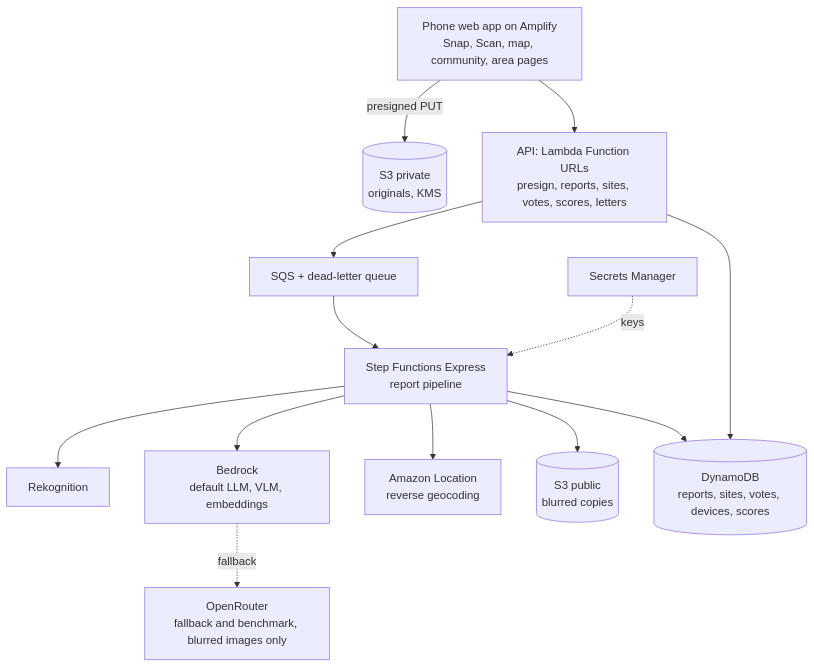
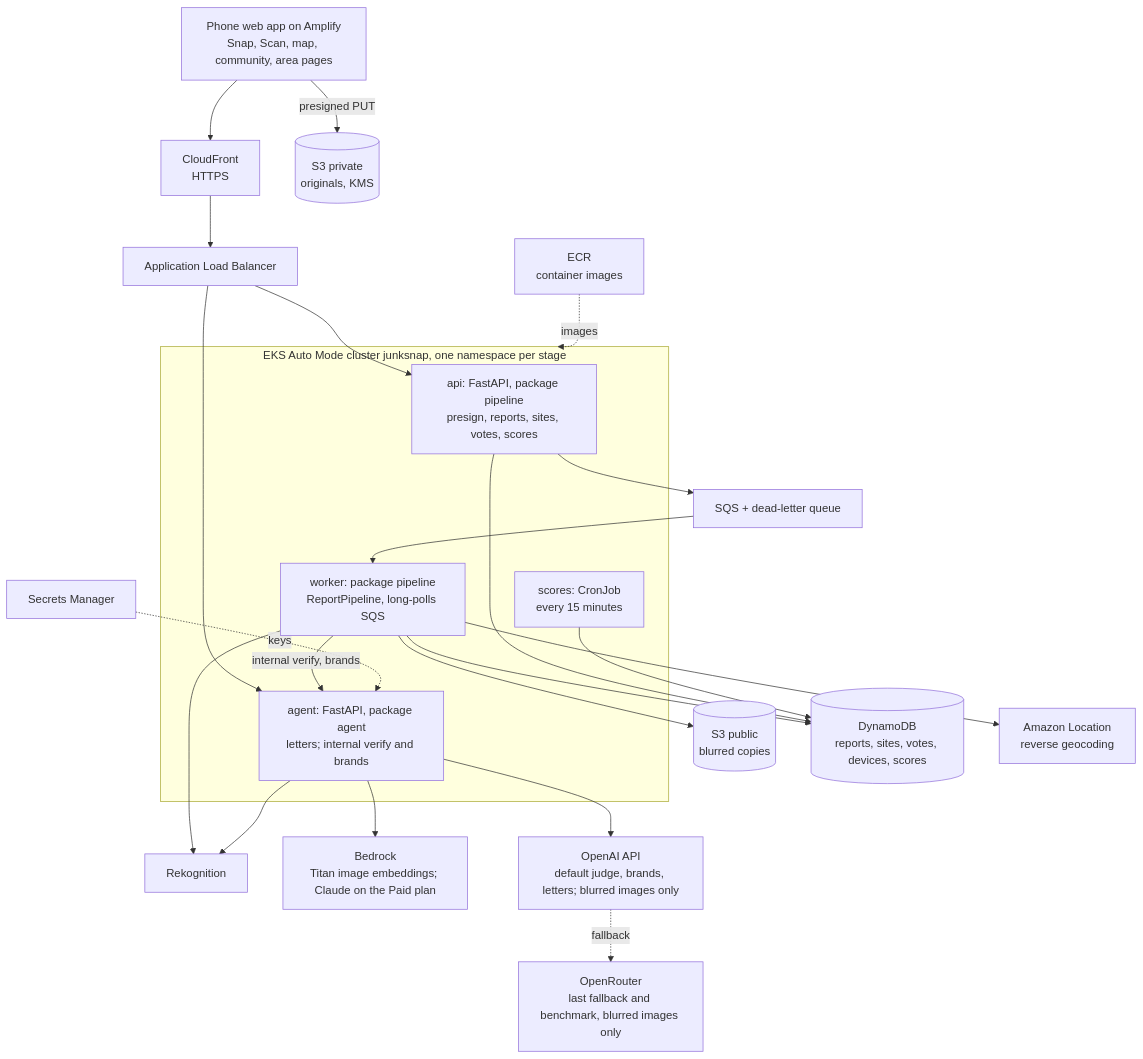
One commit to Girish-Garg/JunkSnap changed the first of 2 diagrams in docs/architecture.md. Above: the diagram before and after it, drawn with Mermaid. The commit also changed other lines of this file and 10 other files, not shown here.

First line of the commit message:
Record night decisions: Kubernetes stack, aws login, OpenAI default, no cuts

````diff
--- a/docs/architecture.md
+++ b/docs/architecture.md
@@ -20,23 +20,34 @@
 ```mermaid
 flowchart TB
   phone["Phone web app on Amplify<br/>Snap, Scan, map, community, area pages"]
-  api["API: Lambda Function URLs<br/>presign, reports, sites, votes, scores, letters"]
+  cf["CloudFront<br/>HTTPS"]
+  alb["Application Load Balancer"]
+  subgraph eks["EKS Auto Mode cluster junksnap, one namespace per stage"]
+    api["api: FastAPI, package pipeline<br/>presign, reports, sites, votes, scores"]
+    agent["agent: FastAPI, package agent<br/>letters; internal verify and brands"]
+    worker["worker: package pipeline<br/>ReportPipeline, long-polls SQS"]
+    scores["scores: CronJob<br/>every 15 minutes"]
+  end
+  ecr["ECR<br/>container images"]
   s3p[("S3 private<br/>originals, KMS")]
   s3b[("S3 public<br/>blurred copies")]
   q["SQS + dead-letter queue"]
-  sfn["Step Functions Express<br/>report pipeline"]
   ddb[("DynamoDB<br/>reports, sites, votes, devices, scores")]
   rek["Rekognition"]
-  brk["Bedrock<br/>default LLM, VLM, embeddings"]
-  orr["OpenRouter<br/>fallback and benchmark, blurred images only"]
+  brk["Bedrock<br/>Titan image embeddings; Claude on the Paid plan"]
+  oai["OpenAI API<br/>default judge, brands, letters; blurred images only"]
+  orr["OpenRouter<br/>last fallback and benchmark, blurred images only"]
   loc["Amazon Location<br/>reverse geocoding"]
   sm["Secrets Manager"]
   phone -->|presigned PUT| s3p
-  phone --> api
-  api --> q --> sfn
-  sfn --> rek & brk & loc
-  brk -.->|fallback| orr
-  sfn --> s3b & ddb
-  api --> ddb
-  sm -.->|keys| sfn
+  phone --> cf --> alb
+  alb --> api & agent
+  api --> q --> worker
+  worker -->|"internal verify, brands"| agent
+  worker --> rek & loc & s3b & ddb
+  agent --> rek & brk & oai
+  oai -.->|fallback| orr
+  api & scores --> ddb
+  ecr -.->|images| eks
+  sm -.->|keys| agent
 ```
````
